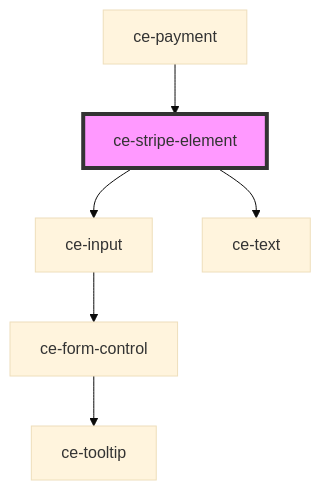
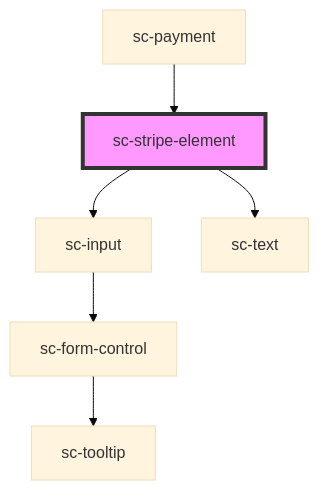
The diagram in packages/components/src/components/ui/stripe-element/readme.md (surecart/surecart-wp-plugin), drawn with Mermaid (base theme) before and after one commit. The commit also changed other lines of this file and 1281 other files, not shown here.

````diff
--- a/packages/components/src/components/ui/stripe-element/readme.md
+++ b/packages/components/src/components/ui/stripe-element/readme.md
@@ -67,9 +67,9 @@
 ```mermaid
 graph TD;
-  ce-stripe-element --> ce-input
-  ce-stripe-element --> ce-text
-  ce-input --> ce-form-control
-  ce-form-control --> ce-tooltip
-  ce-payment --> ce-stripe-element
-  style ce-stripe-element fill:#f9f,stroke:#333,stroke-width:4px
+  sc-stripe-element --> sc-input
+  sc-stripe-element --> sc-text
+  sc-input --> sc-form-control
+  sc-form-control --> sc-tooltip
+  sc-payment --> sc-stripe-element
+  style sc-stripe-element fill:#f9f,stroke:#333,stroke-width:4px
 ```
````
